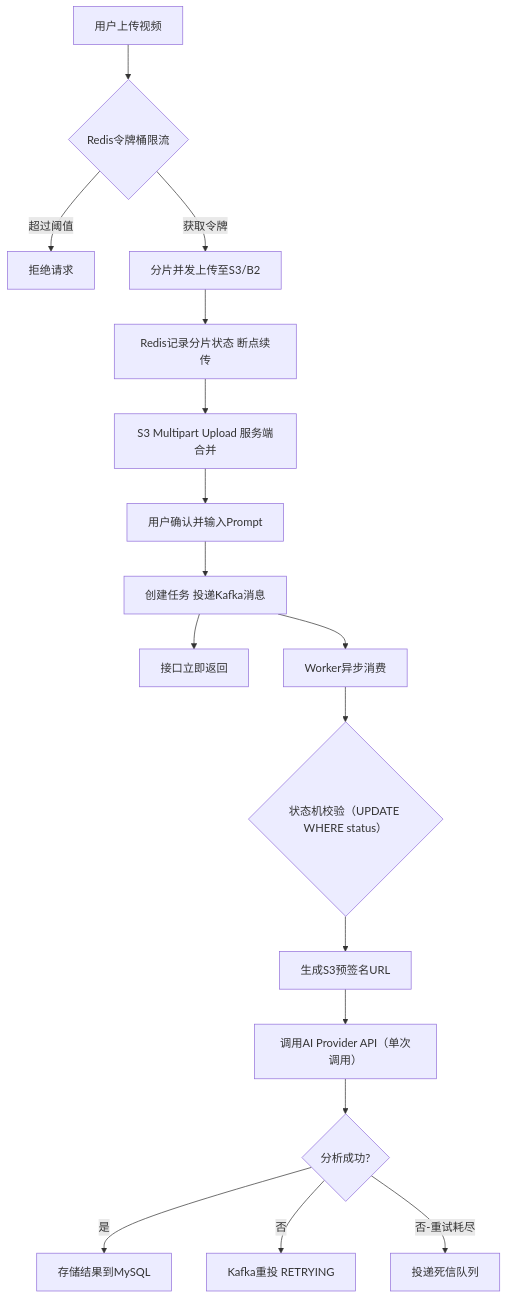
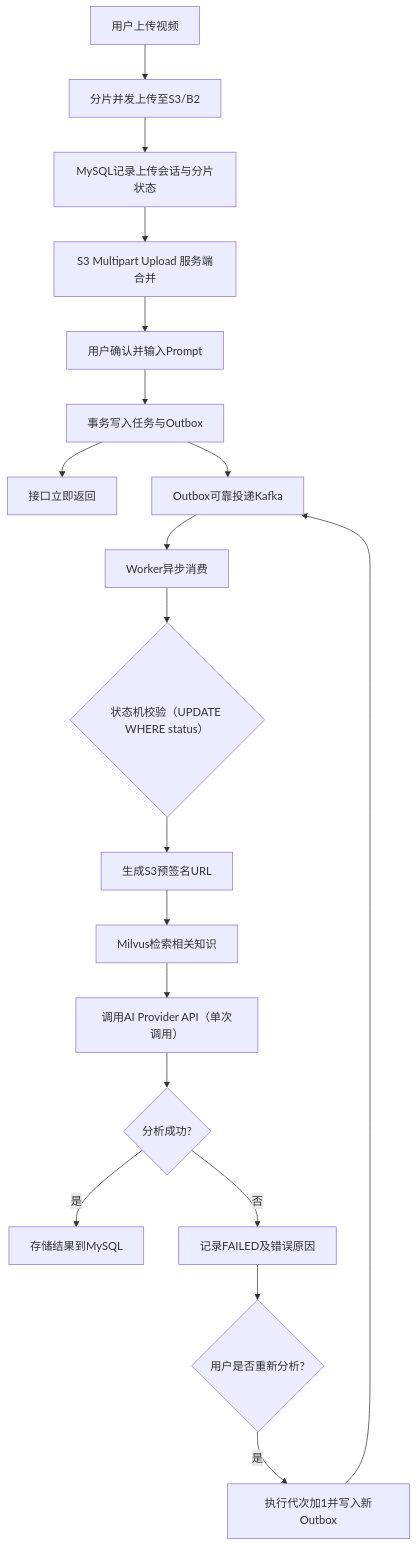
Before and after one commit to Aloys-y/video-ai-platform: the diagram in README.md, drawn with Mermaid. The commit also changed other lines of this file and 250 other files, not shown here.

````diff
--- a/README.md
+++ b/README.md
@@ -100,21 +123,23 @@
 ```mermaid
 graph TD
-    A[用户上传视频] --> B{Redis令牌桶限流}
-    B -- 超过阈值 --> C[拒绝请求]
-    B -- 获取令牌 --> D[分片并发上传至S3/B2]
-    D --> E[Redis记录分片状态 断点续传]
+    A[用户上传视频] --> D[分片并发上传至S3/B2]
+    D --> E[MySQL记录上传会话与分片状态]
     E --> F[S3 Multipart Upload 服务端合并]
 
     F --> G[用户确认并输入Prompt]
-    G --> H[创建任务 投递Kafka消息]
+    G --> H[事务写入任务与Outbox]
     H --> I[接口立即返回]
 
-    H --> J[Worker异步消费]
+    H --> R[Outbox可靠投递Kafka]
+    R --> J[Worker异步消费]
     J --> K{状态机校验（UPDATE WHERE status）}
     K --> L[生成S3预签名URL]
-    L --> M[调用AI Provider API（单次调用）]
+    L --> T[Milvus检索相关知识]
+    T --> M[调用AI Provider API（单次调用）]
     M --> N{分析成功?}
     N -- 是 --> O[存储结果到MySQL]
-    N -- 否 --> P[Kafka重投 RETRYING]
-    N -- 否-重试耗尽 --> Q[投递死信队列]
+    N -- 否 --> P[记录FAILED及错误原因]
+    P --> Q{用户是否重新分析?}
+    Q -- 是 --> S[执行代次加1并写入新Outbox]
+    S --> R
 ```
````
